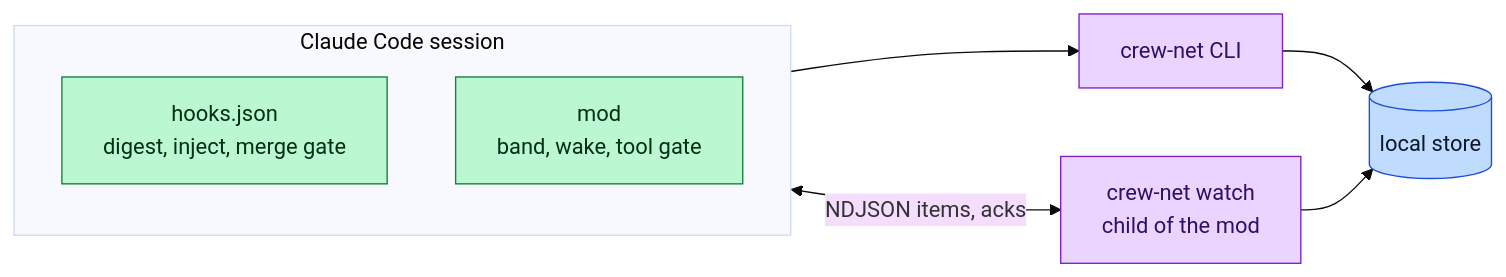
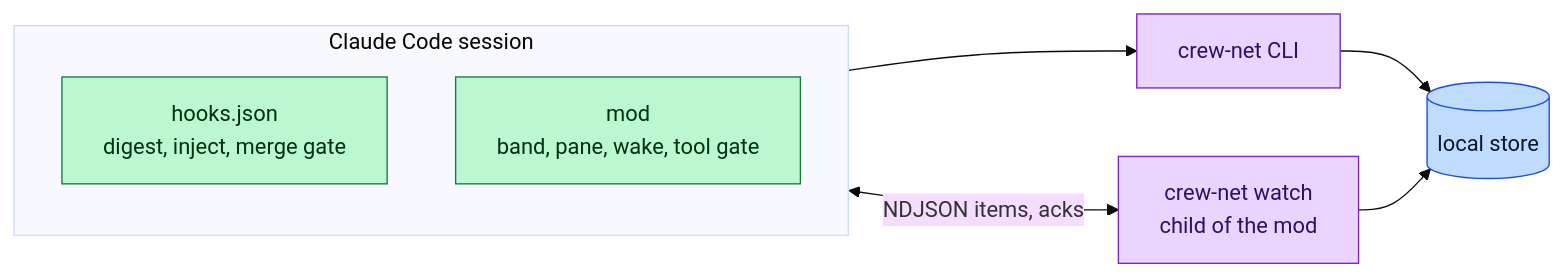
The eighth of 9 diagrams in docs/design.md (alexei-led/crew-net), drawn with Mermaid (base theme) before and after one commit. The commit also changed other lines of this file and 23 other files, not shown here.

First line of the commit message:
feat: quiet band, status line for problems only, /crew pane (#38)

````diff
--- a/docs/design.md
+++ b/docs/design.md
@@ -340,19 +340,19 @@
 ```mermaid
 flowchart LR
     subgraph CC["Claude Code session"]
         direction TB
         HK["hooks.json<br/>digest, inject, merge gate"]:::agent
-        MOD["mod<br/>band, wake, tool gate"]:::agent
+        MOD["mod<br/>band, pane, wake, tool gate"]:::agent
     end
     CLI["crew-net CLI"]:::proc
     WCH["crew-net watch<br/>child of the mod"]:::proc
     ST[("local store")]:::store
 
     HK --> CLI --> ST
     MOD <-->|"NDJSON items, acks"| WCH
     WCH --> ST
 
     classDef agent fill:#bbf7d0,stroke:#15803d,color:#052e16
     classDef proc fill:#e9d5ff,stroke:#7e22ce,color:#2e1065
     classDef store fill:#bfdbfe,stroke:#1d4ed8,color:#0f172a
 ```
````
